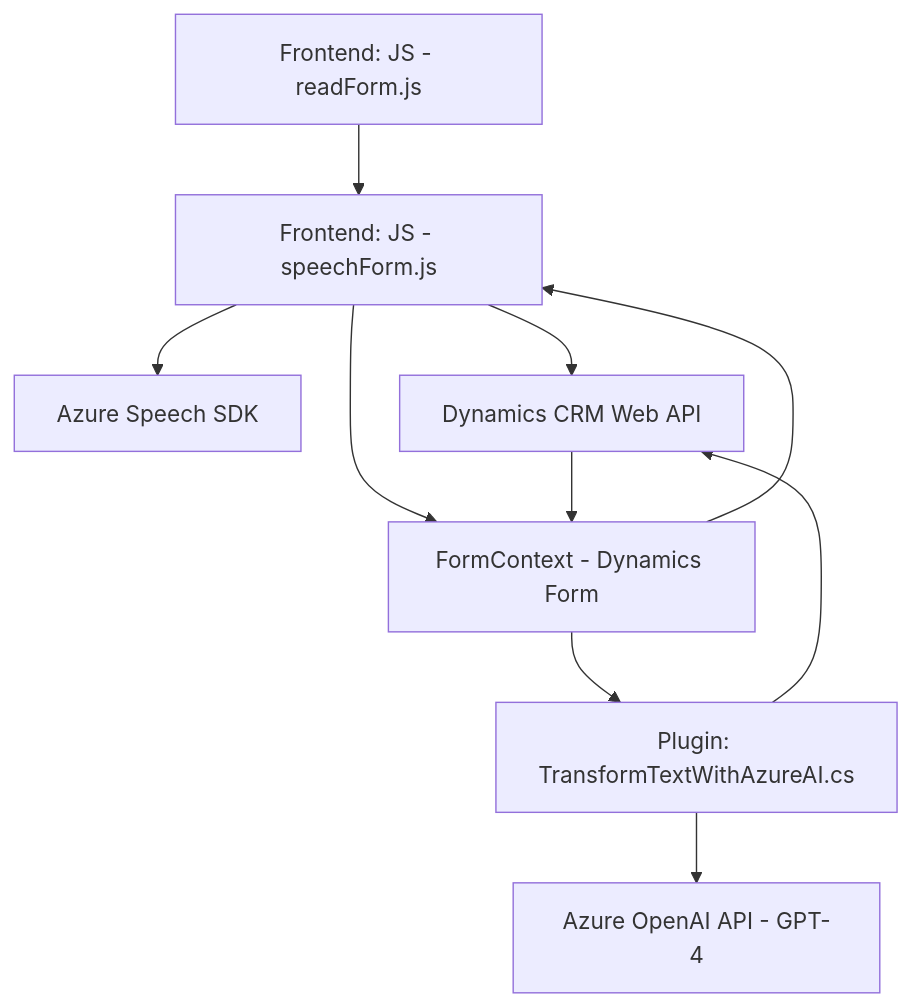
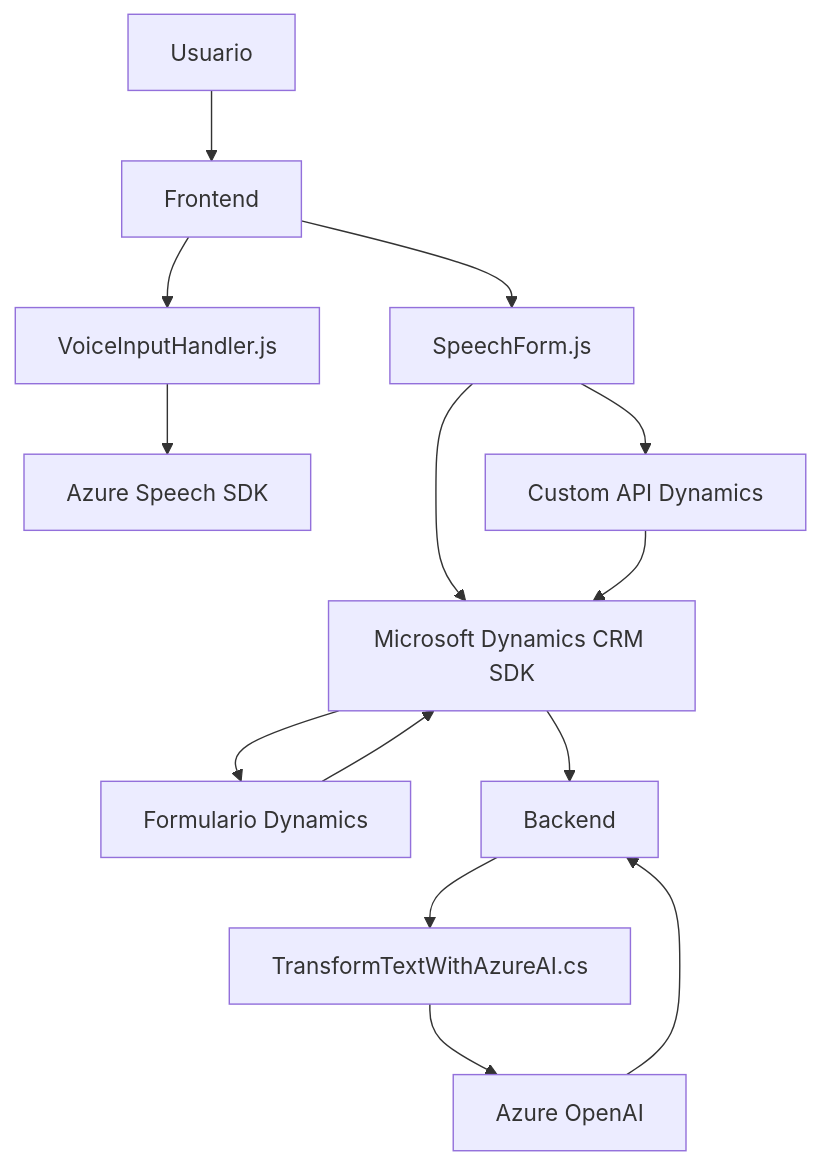
The diagram in README.md (blopezdm/NETCORE_BILBAO2025), drawn with Mermaid before and after one commit. The commit also changed other lines of this file, not shown here.

````diff
--- a/README.md
+++ b/README.md
@@ -45,20 +47,16 @@
 ```mermaid
 graph TD
-    A["Frontend: JS - readForm.js"]
-    B["Frontend: JS - speechForm.js"]
-    C["Azure Speech SDK"]
-    D["Dynamics CRM Web API"]
-    E["Plugin: TransformTextWithAzureAI.cs"]
-    F["Azure OpenAI API - GPT-4"]
-    G["FormContext - Dynamics Form"]
-
-    A --> B
-    B --> D
-    B --> C
-    B --> G
-    D --> G
-    G --> B
-    E --> F
-    G --> E
-    E --> D
+    A["Usuario"] --> B["Frontend"]
+    B --> C["VoiceInputHandler.js"]
+    B --> D["SpeechForm.js"]
+    C --> E["Azure Speech SDK"]
+    D --> F["Microsoft Dynamics CRM SDK"]
+    F --> G["Formulario Dynamics"]
+    D --> H["Custom API Dynamics"]
+    H --> F
+    G --> F
+    F --> I["Backend"]
+    I --> J["TransformTextWithAzureAI.cs"]
+    J --> K["Azure OpenAI"]
+    K --> I
 ```
````
